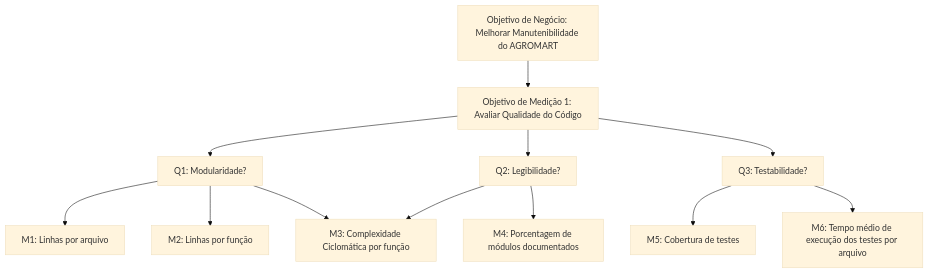
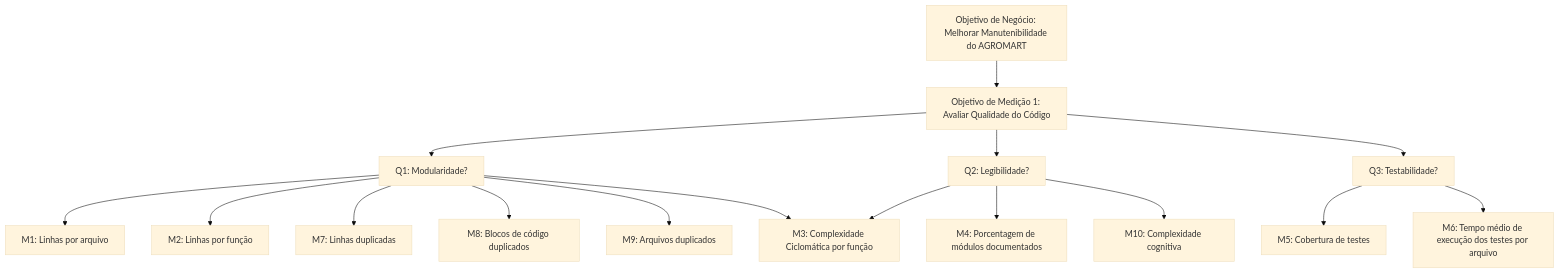
One commit to FCTE-Qualidade-de-Software-1/2025-1-T02-FRANCES-ALLEN changed the diagram in docs/parte1/fase2.md. Above: the diagram before and after it, drawn with Mermaid (base theme). The commit also changed other lines of this file and 2 other files, not shown here.

Commit message:
adicao de metricas adicionais

````diff
--- a/docs/parte1/fase2.md
+++ b/docs/parte1/fase2.md
@@ -56,17 +60,21 @@
 ``` mermaid
 graph TD
   BussinessObjective[Objetivo de Negócio: Melhorar Manutenibilidade do AGROMART] --> Objective1[Objetivo de Medição 1: Avaliar Qualidade do Código];
 
   Objective1 --> Question1[Q1: Modularidade?]
     Question1 --> AvgQtdRowsByFile[M1: Linhas por arquivo]
     Question1 --> QtdRowsByFunction[M2: Linhas por função]
+    Question1 --> Density[M7: Linhas duplicadas]
+    Question1 --> DuplCode[M8: Blocos de código duplicados]
+    Question1 --> DuplFiles[M9: Arquivos duplicados]
     Question1 --> Complexity[M3: Complexidade Ciclomática por função]
   
   Objective1 --> Question2[Q2: Legibilidade?]
     Question2 --> Complexity
     Question2 --> documentedModules[M4: Porcentagem de módulos documentados]
+    Question2 --> CognitiveC[M10: Complexidade cognitiva]
   
   Objective1 --> Question3[Q3: Testabilidade?]
     Question3 --> Metric5[M5: Cobertura de testes]
     Question3 --> Metric6[M6: Tempo médio de execução dos testes por arquivo]
 ```
````
